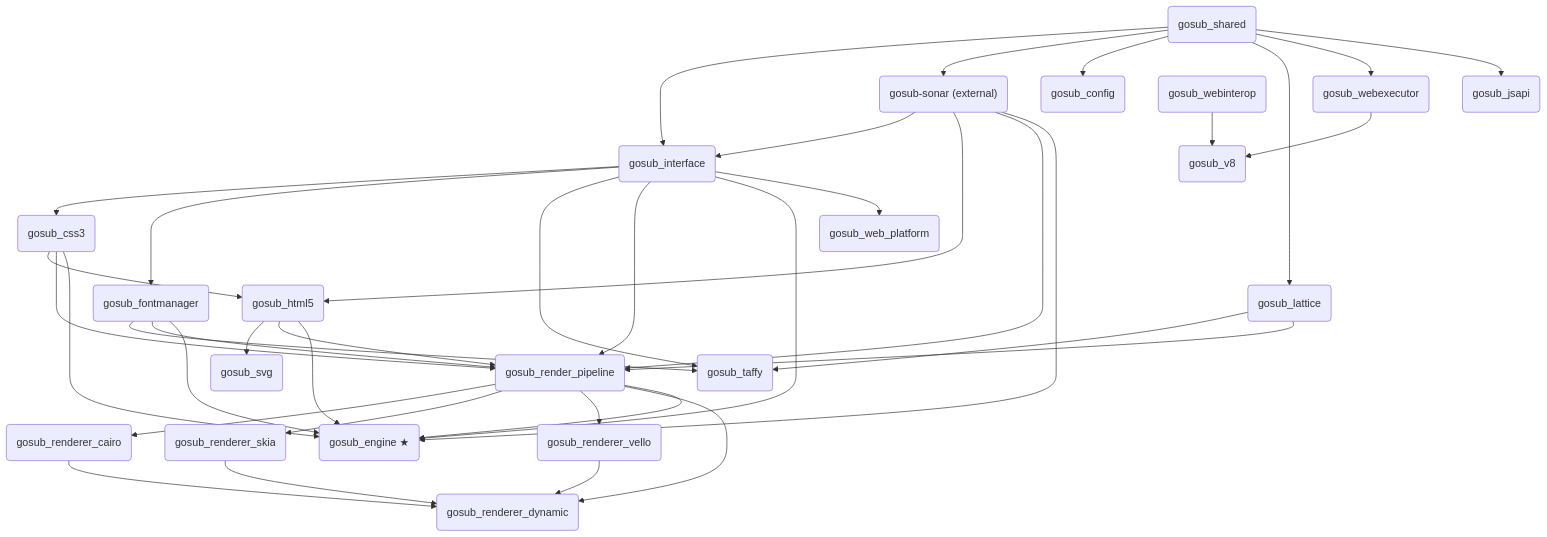
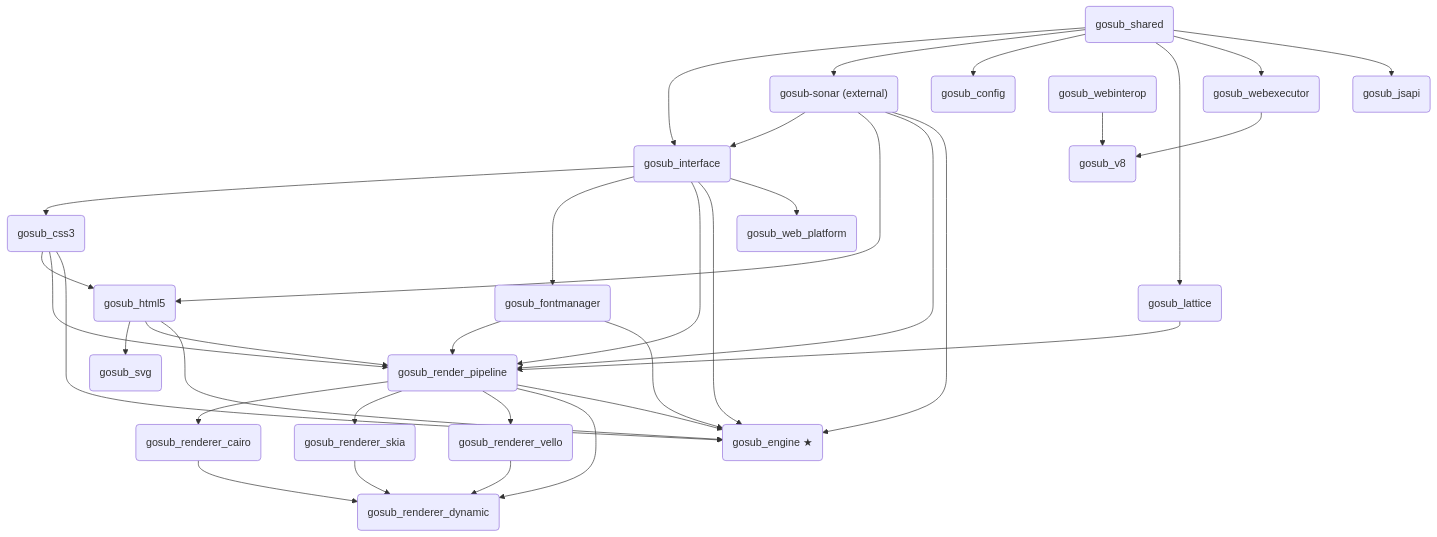
One commit to gosub-io/gosub-engine changed the diagram in docs/crates.md. Above: the diagram before and after it, drawn with Mermaid. The commit also changed other lines of this file and 12 other files, not shown here.

````diff
--- a/docs/crates.md
+++ b/docs/crates.md
@@ -127,66 +125,62 @@
 ``` mermaid
 flowchart TD
     shared("gosub_shared")
     interface("gosub_interface")
     config("gosub_config")
     net("gosub-sonar (external)")
     css3("gosub_css3")
     html5("gosub_html5")
     svg("gosub_svg")
     lattice("gosub_lattice")
     fontmgr("gosub_fontmanager")
-    taffy("gosub_taffy")
     pipeline("gosub_render_pipeline")
     cairo("gosub_renderer_cairo")
     skia("gosub_renderer_skia")
     vello("gosub_renderer_vello")
     dynamic("gosub_renderer_dynamic")
     engine("gosub_engine ★")
     v8("gosub_v8")
     webexec("gosub_webexecutor")
     webinterop("gosub_webinterop")
     jsapi("gosub_jsapi")
     webplatform("gosub_web_platform")
 
     shared --> interface
     net --> interface
     shared --> net
     shared --> config
     interface --> css3
     css3 --> html5
     net --> html5
     html5 --> svg
     shared --> lattice
     interface --> fontmgr
-    lattice --> taffy
-    fontmgr --> taffy
-    interface --> taffy
 
     interface --> pipeline
     fontmgr --> pipeline
     lattice --> pipeline
     html5 --> pipeline
     css3 --> pipeline
     net --> pipeline
 
     pipeline --> cairo
     pipeline --> skia
     pipeline --> vello
     pipeline --> dynamic
     cairo --> dynamic
     skia --> dynamic
     vello --> dynamic
 
     html5 --> engine
     css3 --> engine
     net --> engine
     interface --> engine
     fontmgr --> engine
     pipeline --> engine
 
     shared --> webexec
     webexec --> v8
     webinterop --> v8
     shared --> jsapi
     interface --> webplatform
 ```
````
